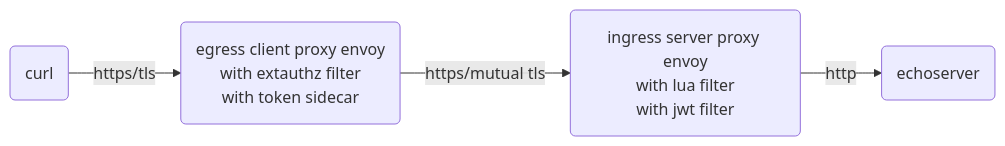
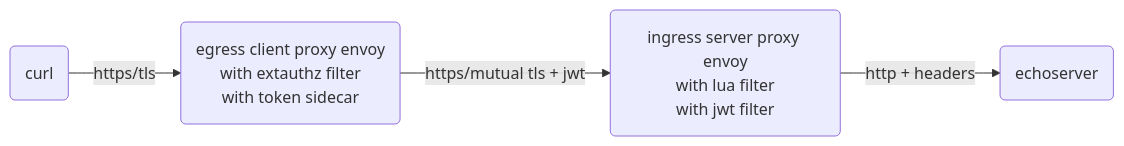
Before and after one commit to ctyano/athenz-distribution: the tenth of 17 diagrams in docs/ENVOY.md, drawn with Mermaid. The commit also changed other lines of this file and 5 other files, not shown here.

````diff
--- a/docs/ENVOY.md
+++ b/docs/ENVOY.md
@@ -172,4 +172,4 @@
 ```mermaid
 flowchart LR
-A(curl) -->|https/tls| B(egress client proxy envoy\nwith extauthz filter\nwith token sidecar) -->|https/mutual tls| C(ingress server proxy envoy\nwith lua filter\nwith jwt filter) -->|http| D(echoserver)
+A(curl) -->|https/tls| B(egress client proxy envoy\nwith extauthz filter\nwith token sidecar) -->|https/mutual tls + jwt| C(ingress server proxy envoy\nwith lua filter\nwith jwt filter) -->|http + headers| D(echoserver)
 ```
````
